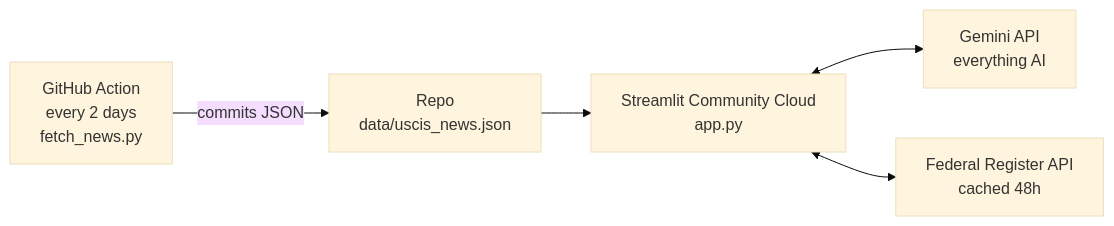
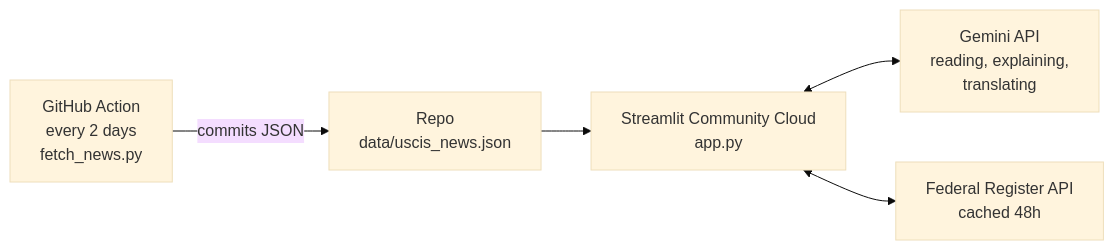
Before and after one commit to sainakakkar2006/immigration-copilot: the diagram in README.md, drawn with Mermaid (base theme). The commit also changed other lines of this file and 4 other files, not shown here.

Commit message:
Rewrite README with diagrams

````diff
--- a/README.md
+++ b/README.md
@@ -80,7 +82,7 @@
 ```mermaid
 graph LR
   A[GitHub Action<br/>every 2 days<br/>fetch_news.py] -- commits JSON --> B[Repo<br/>data/uscis_news.json]
   B --> C[Streamlit Community Cloud<br/>app.py]
-  C <--> D[Gemini API<br/>everything AI]
+  C <--> D[Gemini API<br/>reading, explaining,<br/>translating]
   C <--> E[Federal Register API<br/>cached 48h]
 ```
````
